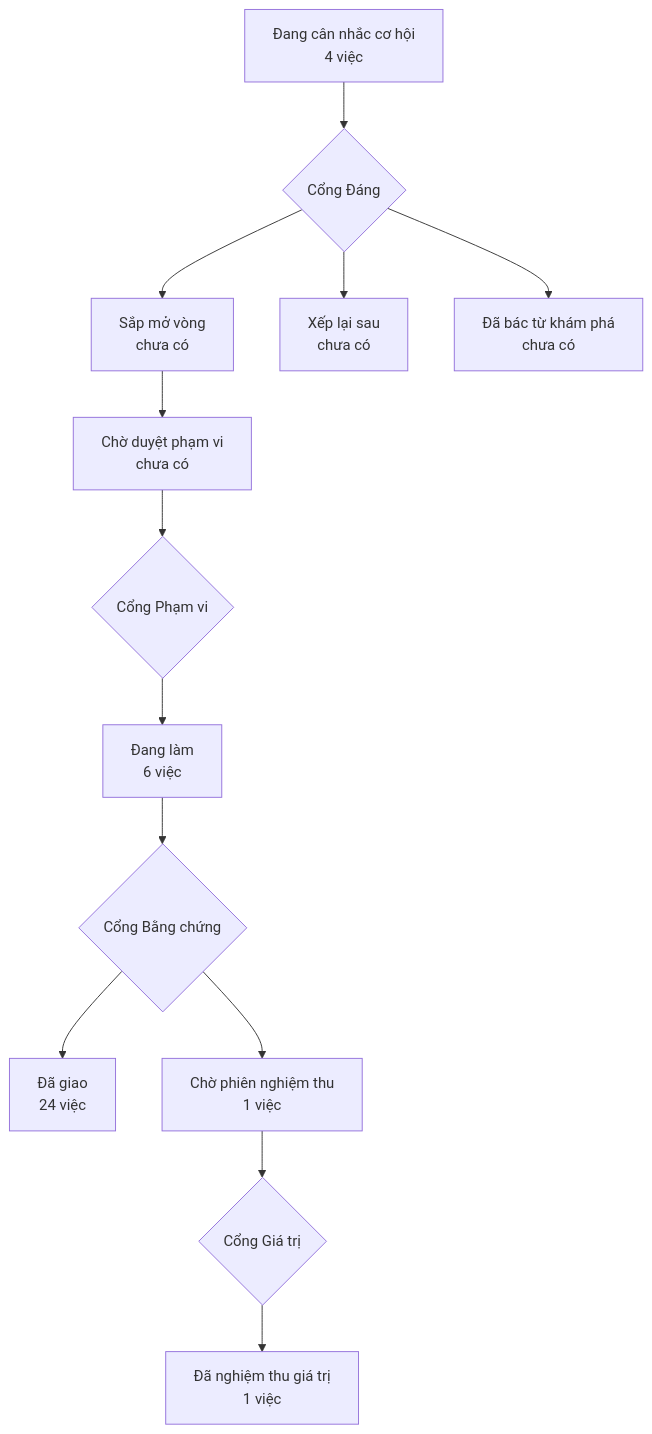
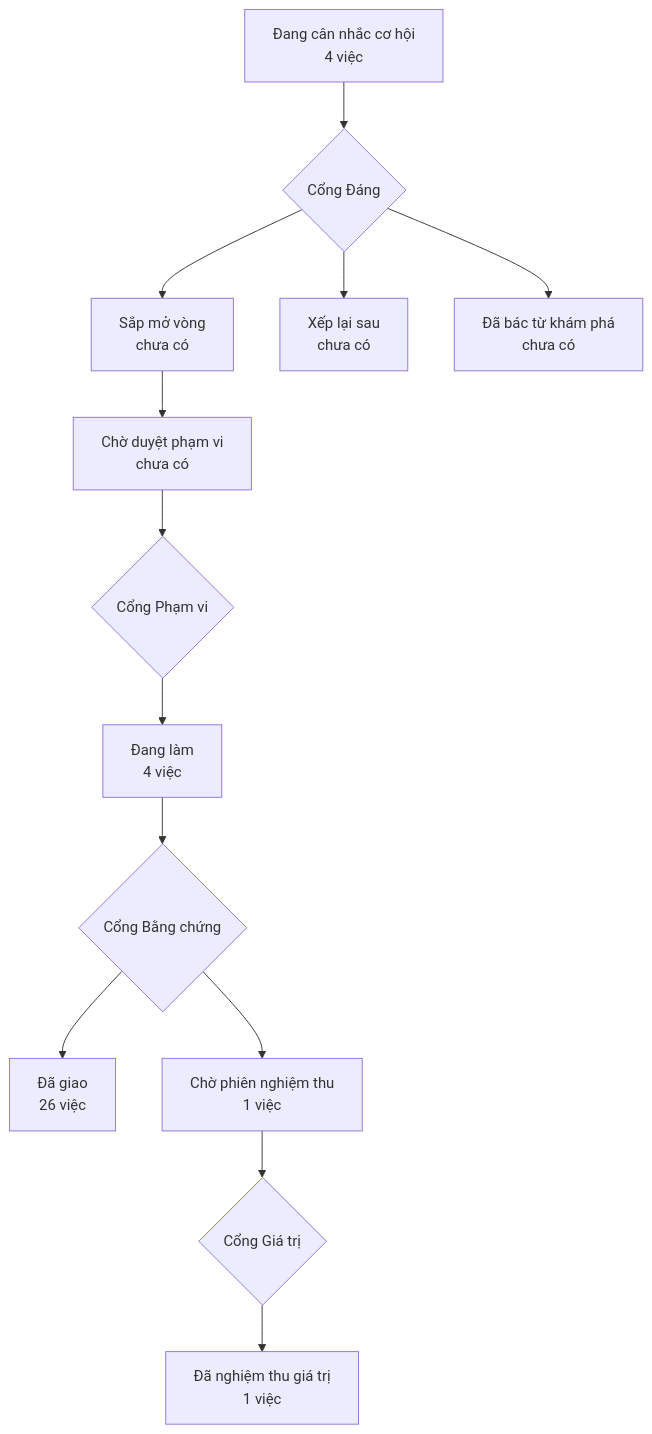
Before and after one commit to phanlemanh/crm-onehub: the diagram in PRODUCT-MAP.md, drawn with Mermaid. The commit also changed other lines of this file and 2 other files, not shown here.

Commit message:
chore(acceptance): hai hồ sơ làn V gọi đúng tên — verified sang machine-cleared
`go-khoa-goc-nhin` và `quyen-luot-mang-theo` đều đạt sáu điều kiện xanh-sạch
(verdict PASS · 0 UNCERTAIN · không bypass · Known limits rỗng · Ngoài hợp đồng
rỗng · hạng T2), và cổng trước-merge nói thẳng «KHÔNG mời ký». Đó là trạng thái
KẾT của làn V, nhưng cả hai còn mang `status: verified` nên bản đồ xếp chúng vào
«Đang làm» — hai việc trông dở dang trong khi máy đã thông.

Không đụng `veto_state`: cửa veto mở là đúng thiết kế của làn V, và kit chỉ có
`mo` hoặc `da-veto` — không tồn tại thao tác đóng. Người ký sau vẫn được, khi đó
status sang `signed-off` cùng lượt.

Bản đồ vẽ lại: Đang làm 6 → 4, Đã giao 24 → 26, mỗi dòng in kèm «máy thông, cửa
veto còn mở» để không ai đọc nhầm thành chữ ký người.

````diff
--- a/PRODUCT-MAP.md
+++ b/PRODUCT-MAP.md
@@ -6,12 +6,12 @@
 ```mermaid
 flowchart TD
   A["Đang cân nhắc cơ hội<br/>4 việc"] --> GD{"Cổng Đáng"}
   GD --> B["Sắp mở vòng<br/>chưa có"]
   GD --> XL["Xếp lại sau<br/>chưa có"]
   GD --> DB["Đã bác từ khám phá<br/>chưa có"]
   B --> CD["Chờ duyệt phạm vi<br/>chưa có"] --> GP{"Cổng Phạm vi"}
-  GP --> DL["Đang làm<br/>6 việc"] --> GB{"Cổng Bằng chứng"}
-  GB --> DG["Đã giao<br/>24 việc"]
+  GP --> DL["Đang làm<br/>4 việc"] --> GB{"Cổng Bằng chứng"}
+  GB --> DG["Đã giao<br/>26 việc"]
   GB --> CN["Chờ phiên nghiệm thu<br/>1 việc"] --> GG{"Cổng Giá trị"}
   GG --> NT["Đã nghiệm thu giá trị<br/>1 việc"]
 ```
````
